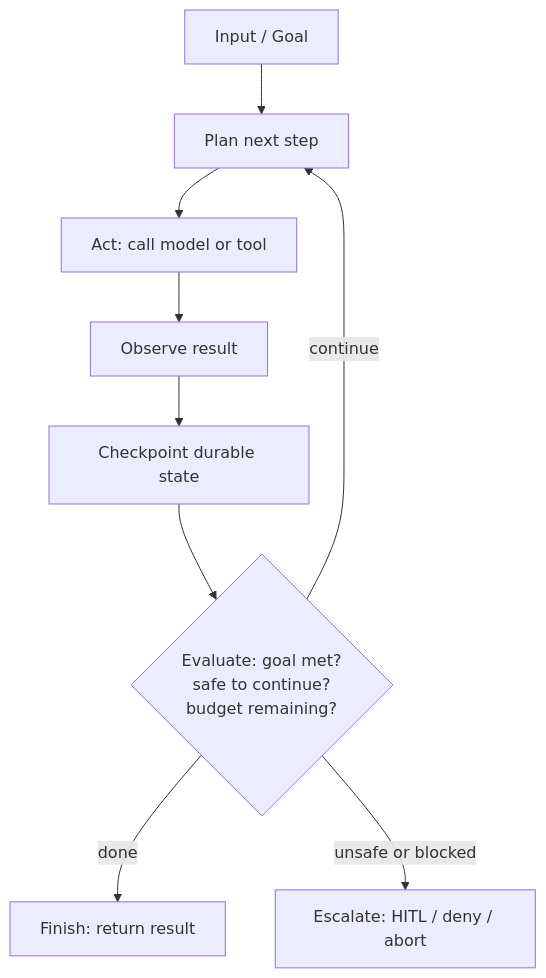
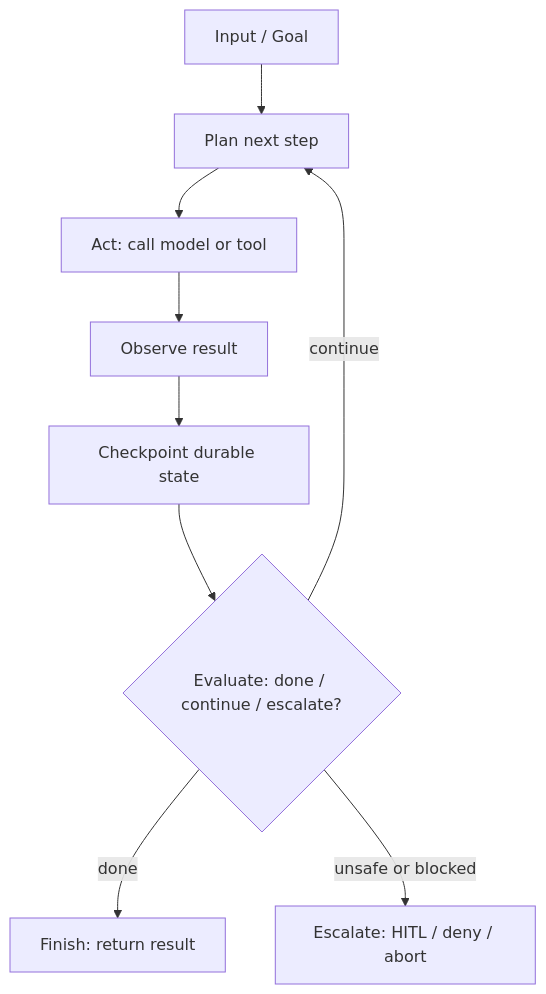
Before and after one commit to dsgouda7/ai-portfolio: the first of 3 diagrams in learning/agentic-ai-system-design/01-foundations-of-agentic-systems.md, drawn with Mermaid. The commit also changed 11 other files, not shown here.

````diff
--- a/learning/agentic-ai-system-design/01-foundations-of-agentic-systems.md
+++ b/learning/agentic-ai-system-design/01-foundations-of-agentic-systems.md
@@ -131,11 +131,11 @@
 ```mermaid
 flowchart TD
     Input[Input / Goal] --> Plan[Plan next step]
     Plan --> Act[Act: call model or tool]
     Act --> Observe[Observe result]
     Observe --> Checkpoint[Checkpoint durable state]
-    Checkpoint --> Evaluate{Evaluate: goal met?\nsafe to continue?\nbudget remaining?}
+    Checkpoint --> Evaluate{Evaluate: done / continue / escalate?}
     Evaluate -->|continue| Plan
     Evaluate -->|done| Finish[Finish: return result]
     Evaluate -->|unsafe or blocked| Escalate[Escalate: HITL / deny / abort]
 ```
````
